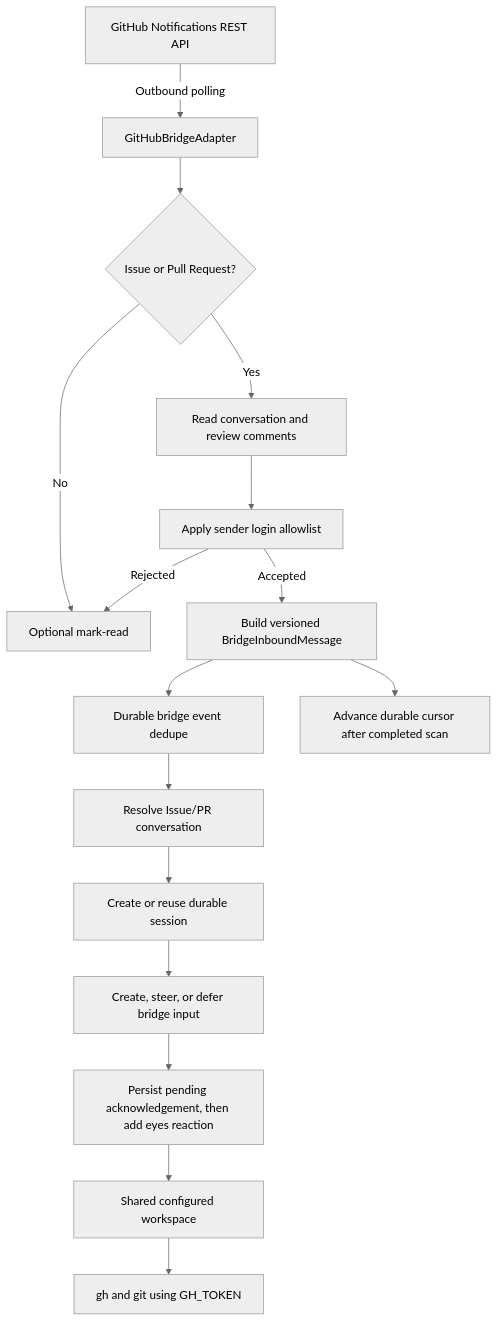
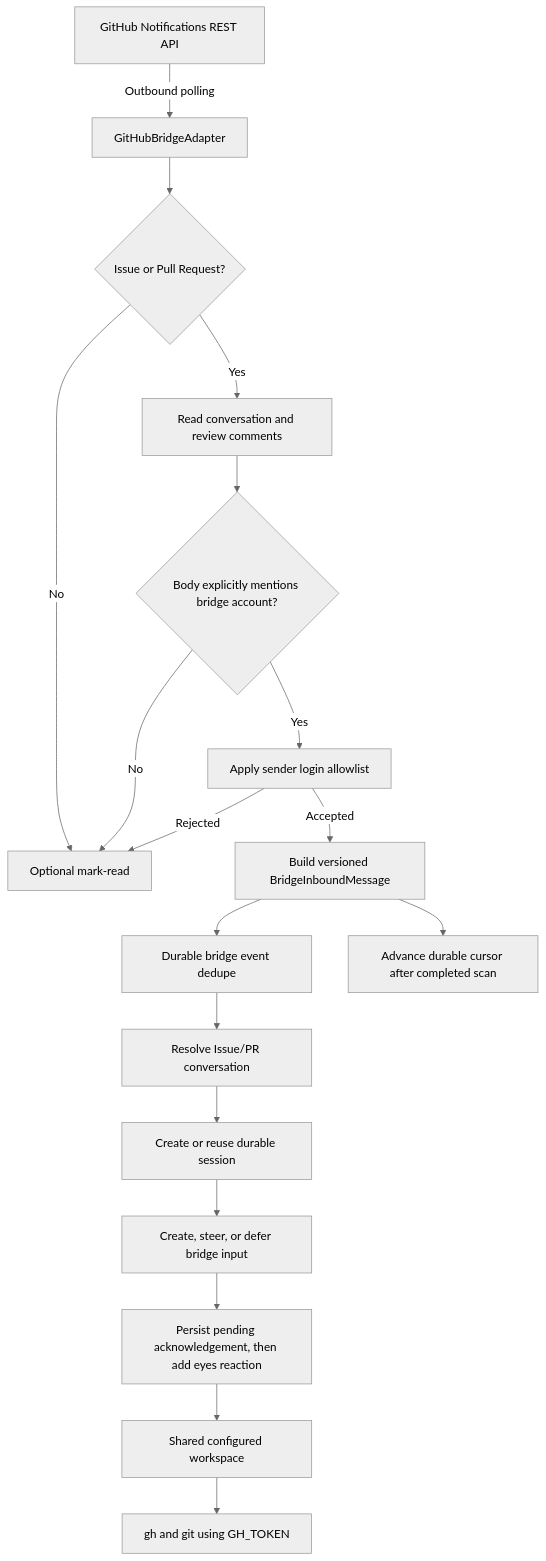
The diagram in packages/ya-claw/spec/14-github-bridge.md (Wh1isper/ya-mono), drawn with Mermaid (neutral theme) before and after one commit. The commit also changed other lines of this file and 4 other files, not shown here.

````diff
--- a/packages/ya-claw/spec/14-github-bridge.md
+++ b/packages/ya-claw/spec/14-github-bridge.md
@@ -43,18 +43,20 @@
 ```mermaid
 flowchart TD
     GH["GitHub Notifications REST API"] -->|Outbound polling| POLL["GitHubBridgeAdapter"]
     POLL --> RESOURCE{"Issue or Pull Request?"}
     RESOURCE -->|No| READ["Optional mark-read"]
     RESOURCE -->|Yes| SOURCE["Read conversation and review comments"]
-    SOURCE --> SENDER["Apply sender login allowlist"]
+    SOURCE --> MENTION{"Body explicitly mentions bridge account?"}
+    MENTION -->|No| READ
+    MENTION -->|Yes| SENDER["Apply sender login allowlist"]
     SENDER -->|Rejected| READ
     SENDER -->|Accepted| NORMALIZE["Build versioned BridgeInboundMessage"]
     NORMALIZE --> DEDUPE["Durable bridge event dedupe"]
     DEDUPE --> CONVERSATION["Resolve Issue/PR conversation"]
     CONVERSATION --> SESSION["Create or reuse durable session"]
     SESSION --> RUN["Create, steer, or defer bridge input"]
     RUN --> ACK["Persist pending acknowledgement, then add eyes reaction"]
     ACK --> WORKSPACE["Shared configured workspace"]
     WORKSPACE --> GHCLI["gh and git using GH_TOKEN"]
     NORMALIZE --> CURSOR["Advance durable cursor after completed scan"]
 ```
````
